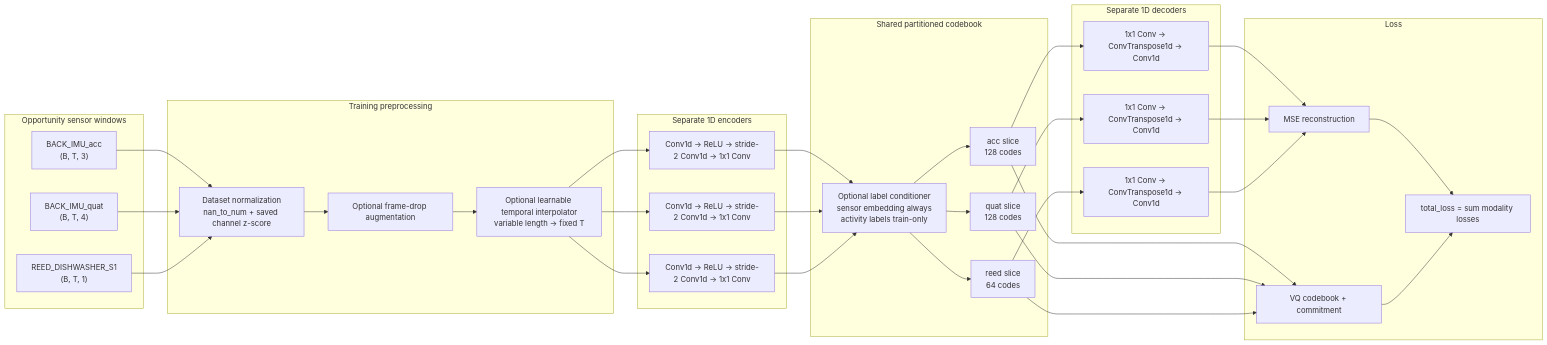
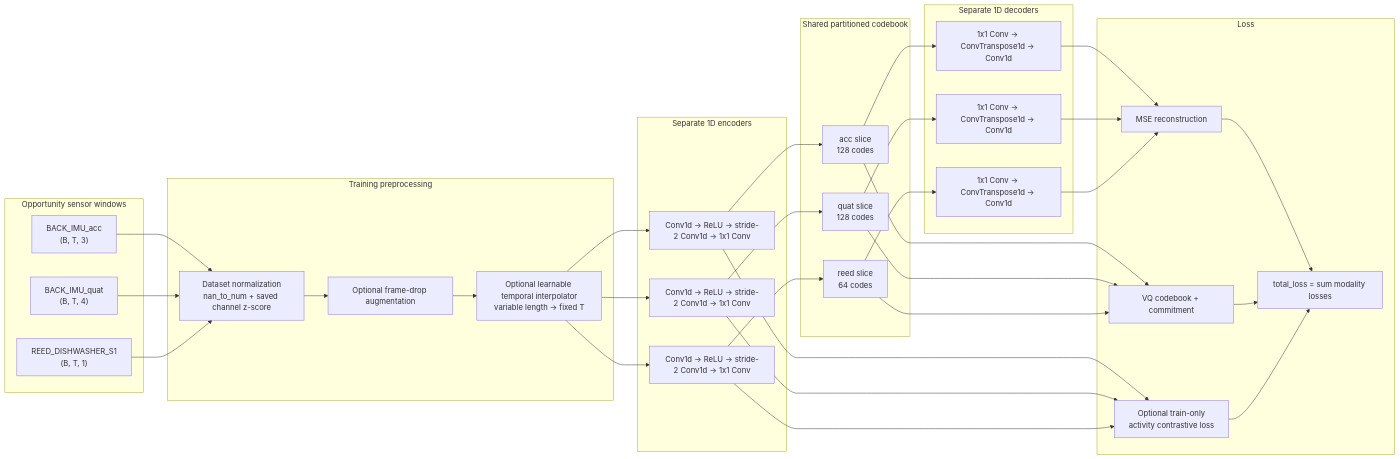
One commit to lalasray/DistriXSense changed the diagram in docs/vqvae_architecture.md. Above: the diagram before and after it, drawn with Mermaid. The commit also changed other lines of this file and 3 other files, not shown here.

````diff
--- a/docs/vqvae_architecture.md
+++ b/docs/vqvae_architecture.md
@@ -5,52 +5,56 @@
 ```mermaid
 flowchart LR
     subgraph Inputs["Opportunity sensor windows"]
         A["BACK_IMU_acc<br/>(B, T, 3)"]
         Q["BACK_IMU_quat<br/>(B, T, 4)"]
         R["REED_DISHWASHER_S1<br/>(B, T, 1)"]
     end
 
     subgraph Prep["Training preprocessing"]
         N["Dataset normalization<br/>nan_to_num + saved channel z-score"]
         D["Optional frame-drop augmentation"]
         I["Optional learnable temporal interpolator<br/>variable length -> fixed T"]
     end
 
     subgraph Encoders["Separate 1D encoders"]
         EA["Conv1d -> ReLU -> stride-2 Conv1d -> 1x1 Conv"]
         EQ["Conv1d -> ReLU -> stride-2 Conv1d -> 1x1 Conv"]
         ER["Conv1d -> ReLU -> stride-2 Conv1d -> 1x1 Conv"]
     end
 
     subgraph Quantizer["Shared partitioned codebook"]
-        L["Optional label conditioner<br/>sensor embedding always<br/>activity labels train-only"]
         CA["acc slice<br/>128 codes"]
         CQ["quat slice<br/>128 codes"]
         CR["reed slice<br/>64 codes"]
     end
 
     subgraph Decoders["Separate 1D decoders"]
         DA["1x1 Conv -> ConvTranspose1d -> Conv1d"]
         DQ["1x1 Conv -> ConvTranspose1d -> Conv1d"]
         DR["1x1 Conv -> ConvTranspose1d -> Conv1d"]
     end
 
     subgraph Loss["Loss"]
         LA["MSE reconstruction"]
         LQ["VQ codebook + commitment"]
+        LC["Optional train-only<br/>activity contrastive loss"]
         LT["total_loss = sum modality losses"]
     end
 
     A --> N
     Q --> N
     R --> N
     N --> D --> I
-    I --> EA --> L --> CA --> DA --> LA
-    I --> EQ --> L --> CQ --> DQ --> LA
-    I --> ER --> L --> CR --> DR --> LA
+    I --> EA --> CA --> DA --> LA
+    I --> EQ --> CQ --> DQ --> LA
+    I --> ER --> CR --> DR --> LA
+    EA --> LC
+    EQ --> LC
+    ER --> LC
     CA --> LQ
     CQ --> LQ
     CR --> LQ
     LA --> LT
     LQ --> LT
+    LC --> LT
 ```
````
